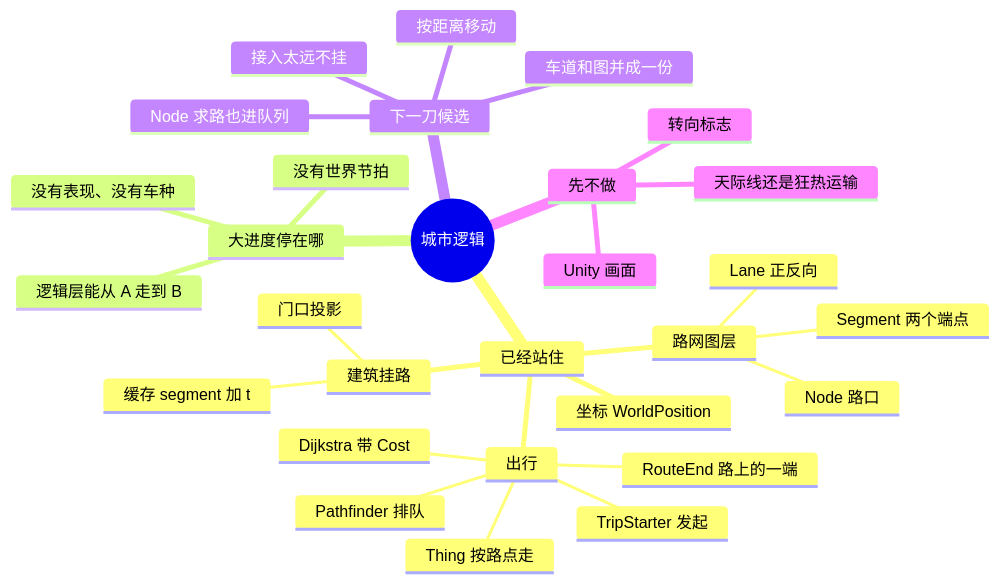
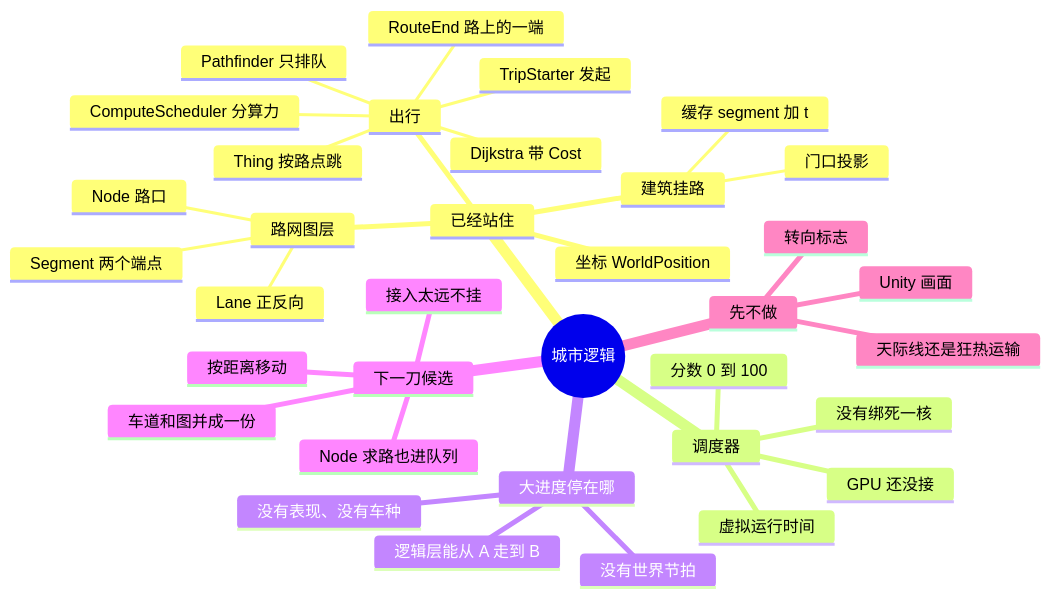
One commit to SANJIUwei/CitySimLab changed the diagram in docs/路网思维导图.md. Above: the diagram before and after it, drawn with Mermaid. The commit also changed other lines of this file and 3 other files, not shown here.

````diff
--- a/docs/路网思维导图.md
+++ b/docs/路网思维导图.md
@@ -5,32 +5,38 @@
 ```mermaid
 mindmap
   root((城市逻辑))
     已经站住
       坐标 WorldPosition
       路网图层
         Node 路口
         Segment 两个端点
         Lane 正反向
       建筑挂路
         门口投影
         缓存 segment 加 t
       出行
         RouteEnd 路上的一端
         TripStarter 发起
-        Pathfinder 排队
+        Pathfinder 只排队
+        ComputeScheduler 分算力
         Dijkstra 带 Cost
-        Thing 按路点走
+        Thing 按路点跳
+    调度器
+      分数 0 到 100
+      虚拟运行时间
+      没有绑死一核
+      GPU 还没接
     大进度停在哪
       逻辑层能从 A 走到 B
       没有表现、没有车种
       没有世界节拍
     下一刀候选
       接入太远不挂
       车道和图并成一份
       按距离移动
       Node 求路也进队列
     先不做
       转向标志
       天际线还是狂热运输
       Unity 画面
 ```
````
